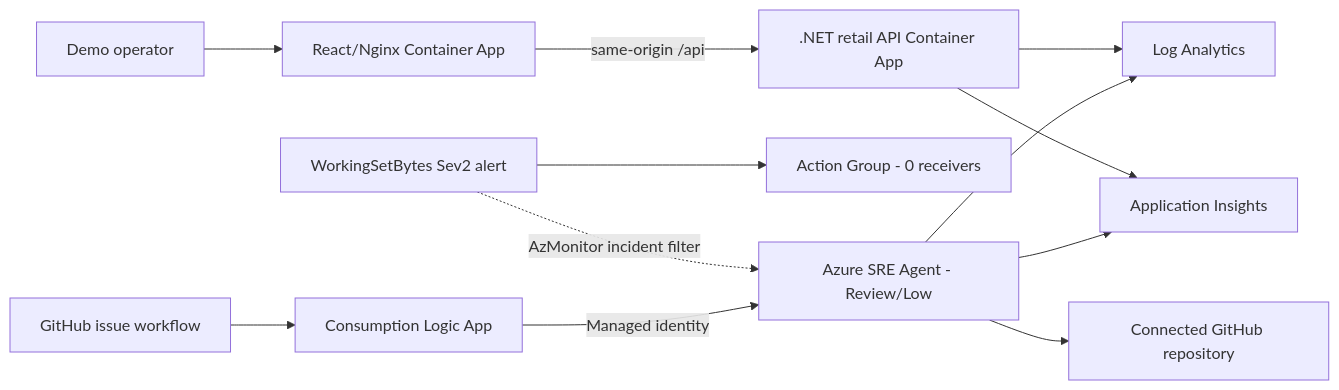
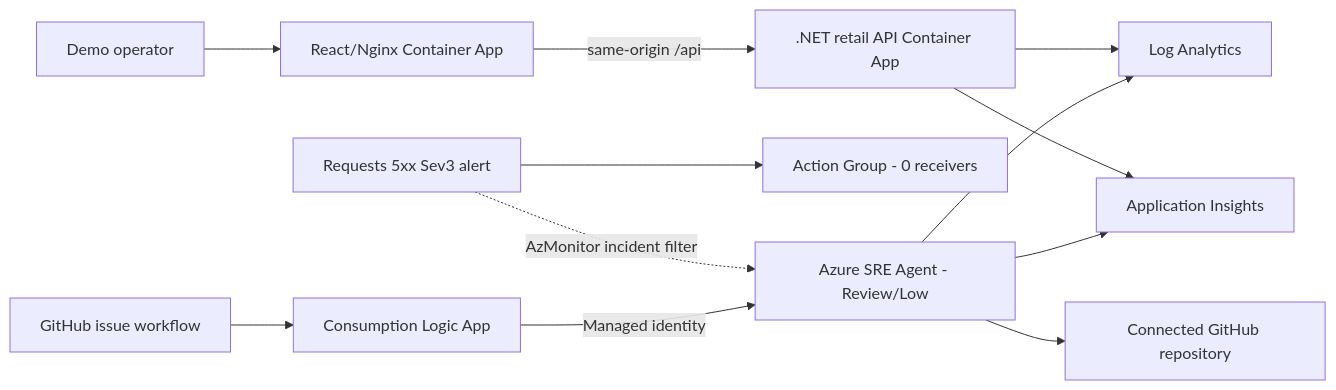
Before and after one commit to marioaguileraaa/mercadona-sre-agent-demo: the diagram in README.md, drawn with Mermaid. The commit also changed other lines of this file and 28 other files, not shown here.

````diff
--- a/README.md
+++ b/README.md
@@ -23,14 +23,14 @@
 ```mermaid
 flowchart LR
   User[Demo operator] --> Web[React/Nginx Container App]
   Web -->|same-origin /api| Api[.NET retail API Container App]
   Api --> LAW[Log Analytics]
   Api --> AI[Application Insights]
-  Monitor[WorkingSetBytes Sev2 alert] --> AG[Action Group - 0 receivers]
+  Monitor[Requests 5xx Sev3 alert] --> AG[Action Group - 0 receivers]
   Monitor -. AzMonitor incident filter .-> Agent[Azure SRE Agent - Review/Low]
   Agent --> LAW
   Agent --> AI
   Agent --> Repo[Connected GitHub repository]
   GitHub[GitHub issue workflow] --> Bridge[Consumption Logic App]
   Bridge -->|Managed identity| Agent
 ```
````
